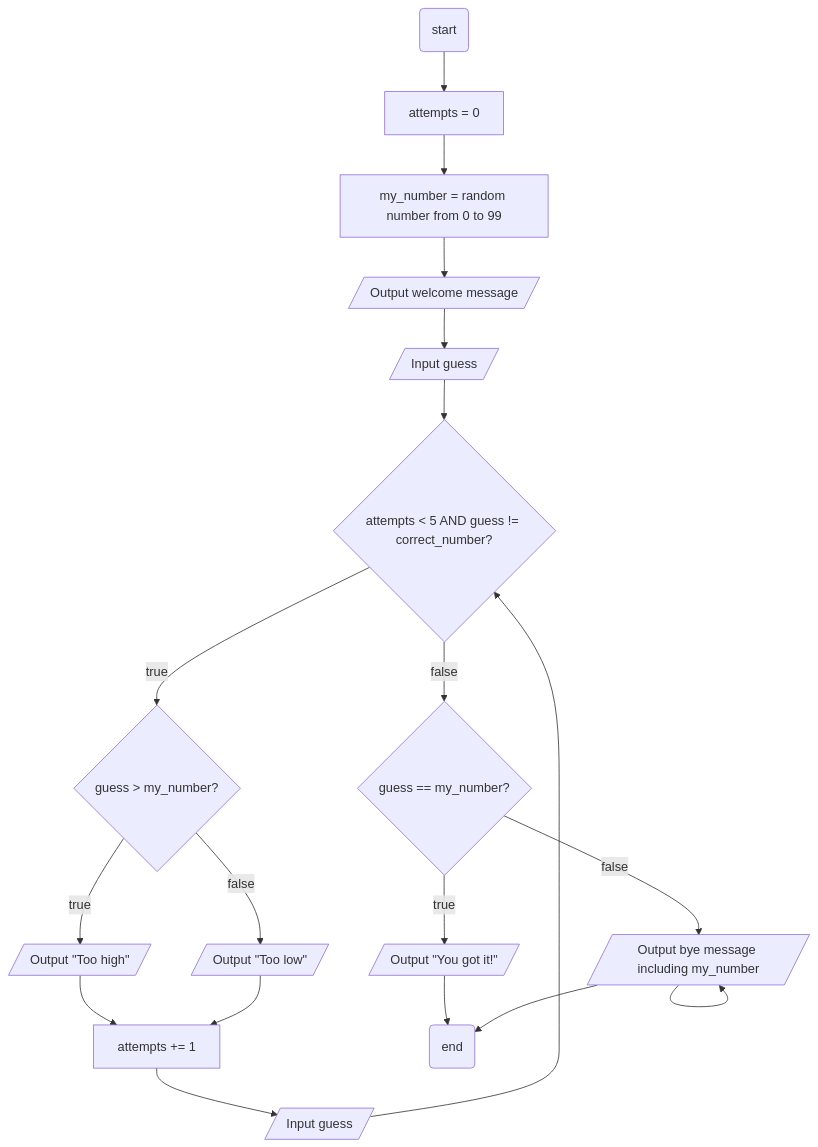
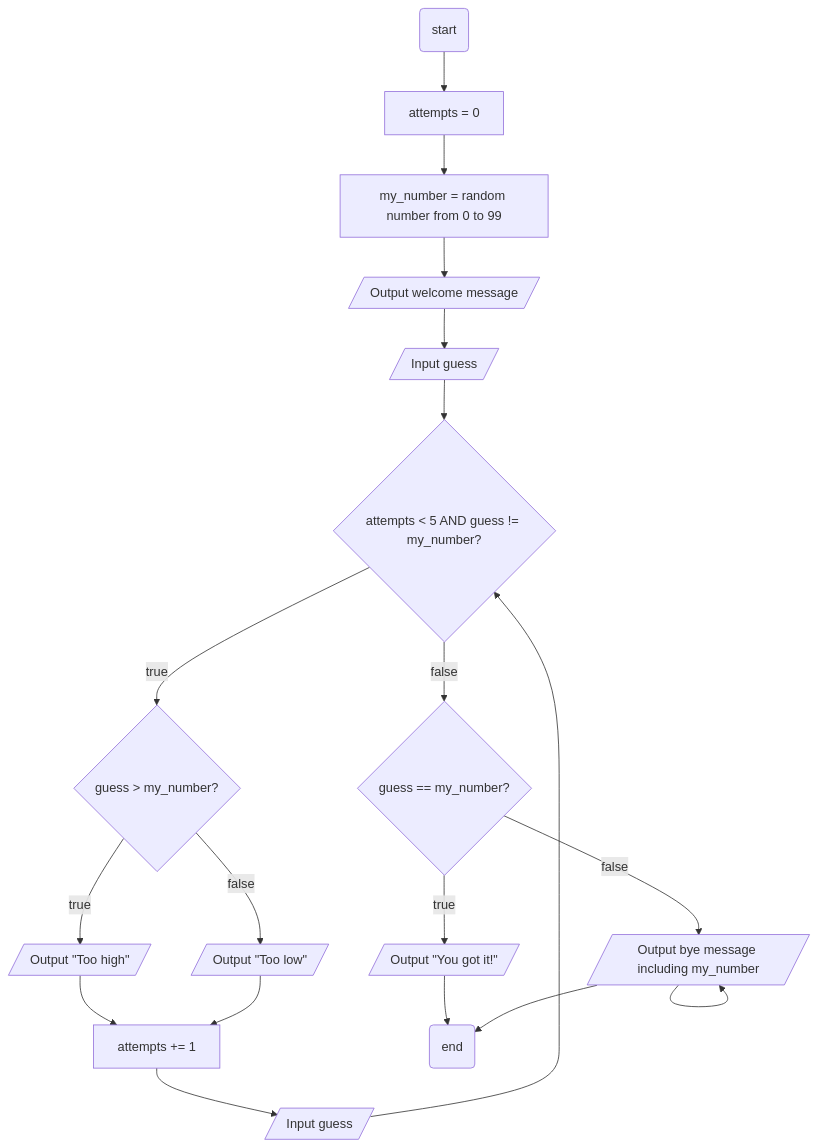
Before and after one commit to geko-crooms/programming-concepts-test: the fourth of 4 diagrams in README.md, drawn with Mermaid.

Commit message:
Fix condition in game flowchart in README

````diff
--- a/README.md
+++ b/README.md
@@ -68,8 +68,8 @@
 ```mermaid
 flowchart TD
-    _(start) --> init[attempts = 0] --> init2[my_number = random number from 0 to 99] --> begin_msg[/Output welcome message/] --> input_pre[/Input guess/] --> check{attempts < 5 AND guess != correct_number?} -- true --> gt_or_lt{guess > my_number?} -- true --> ogt[/Output "Too high"/] --> add_attempts[attempts += 1] --> input_post[/Input guess/] --> check
+    _(start) --> init[attempts = 0] --> init2[my_number = random number from 0 to 99] --> begin_msg[/Output welcome message/] --> input_pre[/Input guess/] --> check{attempts < 5 AND guess != my_number?} -- true --> gt_or_lt{guess > my_number?} -- true --> ogt[/Output "Too high"/] --> add_attempts[attempts += 1] --> input_post[/Input guess/] --> check
     check -- false --> check2{guess == my_number?} -- true --> oc[/Output "You got it!"/] --> __(end)
     gt_or_lt -- false --> olt[/Output "Too low"/] --> add_attempts
 
     check2 -- false --> X[/Output "Out of tries — the number was "/] --> X[/Output bye message including my_number/] -->__(end)
 ```
````
